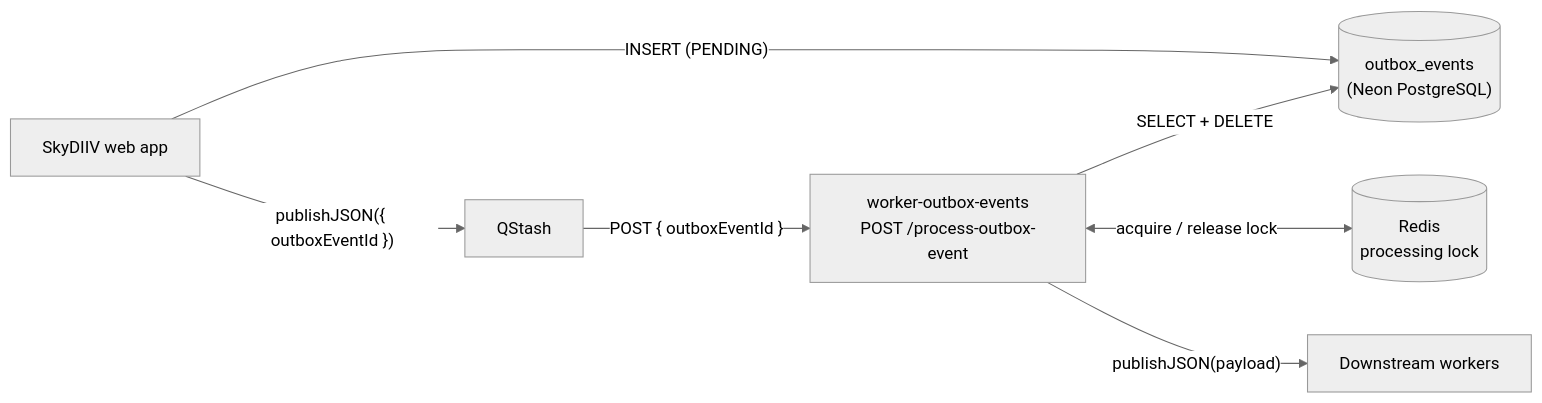
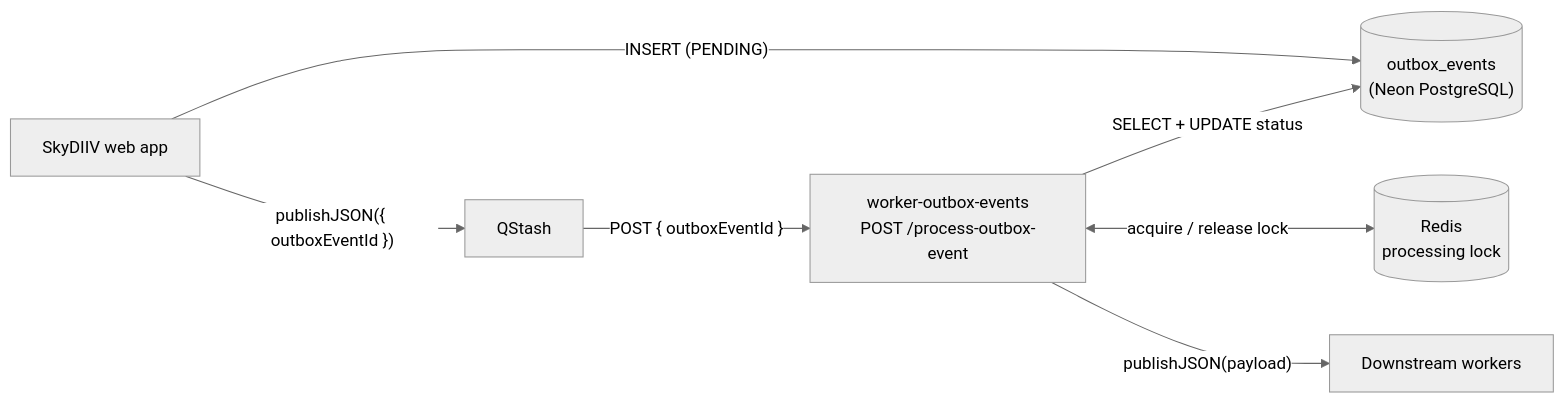
The diagram in apps/worker-outbox-events/README.md (emmanuelviniciusdev/SkyDIIV--backstage), drawn with Mermaid (neutral theme) before and after one commit. The commit also changed other lines of this file and 25 other files, not shown here.

````diff
--- a/apps/worker-outbox-events/README.md
+++ b/apps/worker-outbox-events/README.md
@@ -12,16 +12,16 @@
 ```mermaid
 flowchart LR
     WEB["SkyDIIV web app"]
     DB[("outbox_events\n(Neon PostgreSQL)")]
     MQ["QStash"]
     WORKER["worker-outbox-events\nPOST /process-outbox-event"]
     REDIS[("Redis\nprocessing lock")]
     DS["Downstream workers"]
 
     WEB -->|"INSERT (PENDING)"| DB
     WEB -->|"publishJSON({ outboxEventId })"| MQ
     MQ -->|"POST { outboxEventId }"| WORKER
     WORKER <-->|"acquire / release lock"| REDIS
-    WORKER -->|"SELECT + DELETE"| DB
+    WORKER -->|"SELECT + UPDATE status"| DB
     WORKER -->|"publishJSON(payload)"| DS
 ```
````
